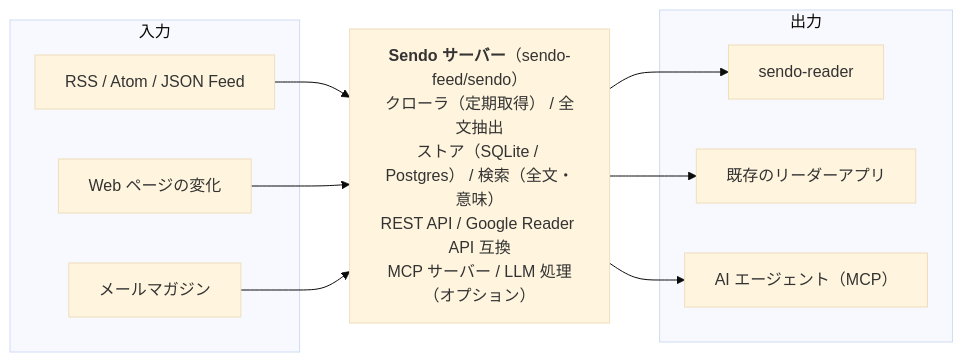
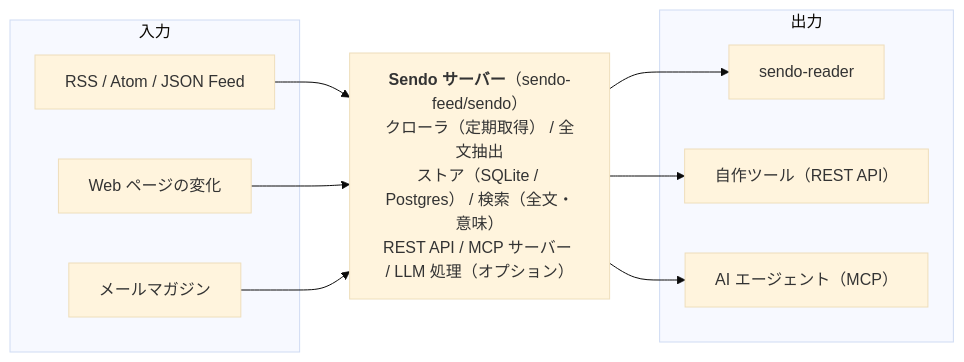
One commit to sendo-feed/sendo changed the diagram in docs/inception-deck.md. Above: the diagram before and after it, drawn with Mermaid (base theme). The commit also changed other lines of this file and 14 other files, not shown here.

First line of the commit message:
decision(greader): Google Reader 互換 API の廃止を決める (#359)

````diff
--- a/docs/inception-deck.md
+++ b/docs/inception-deck.md
@@ -85,23 +87,23 @@
 ```mermaid
 flowchart LR
   subgraph In["入力"]
     I1["RSS / Atom / JSON Feed"]
     I2["Web ページの変化"]
     I3["メールマガジン"]
   end
 
-  S["<b>Sendo サーバー</b>（sendo-feed/sendo）<br/>クローラ（定期取得） / 全文抽出<br/>ストア（SQLite / Postgres） / 検索（全文・意味）<br/>REST API / Google Reader API 互換<br/>MCP サーバー / LLM 処理（オプション）"]
+  S["<b>Sendo サーバー</b>（sendo-feed/sendo）<br/>クローラ（定期取得） / 全文抽出<br/>ストア（SQLite / Postgres） / 検索（全文・意味）<br/>REST API / MCP サーバー / LLM 処理（オプション）"]
 
   subgraph Out["出力"]
     O1["sendo-reader"]
-    O2["既存のリーダーアプリ"]
+    O2["自作ツール（REST API）"]
     O3["AI エージェント（MCP）"]
   end
 
   I1 --> S
   I2 --> S
   I3 --> S
   S --> O1
   S --> O2
   S --> O3
 ```
````
